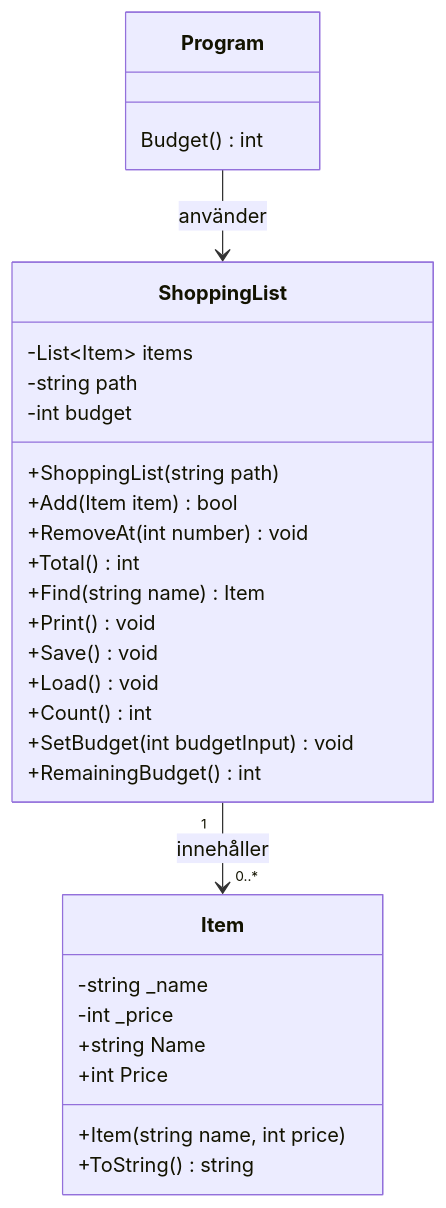
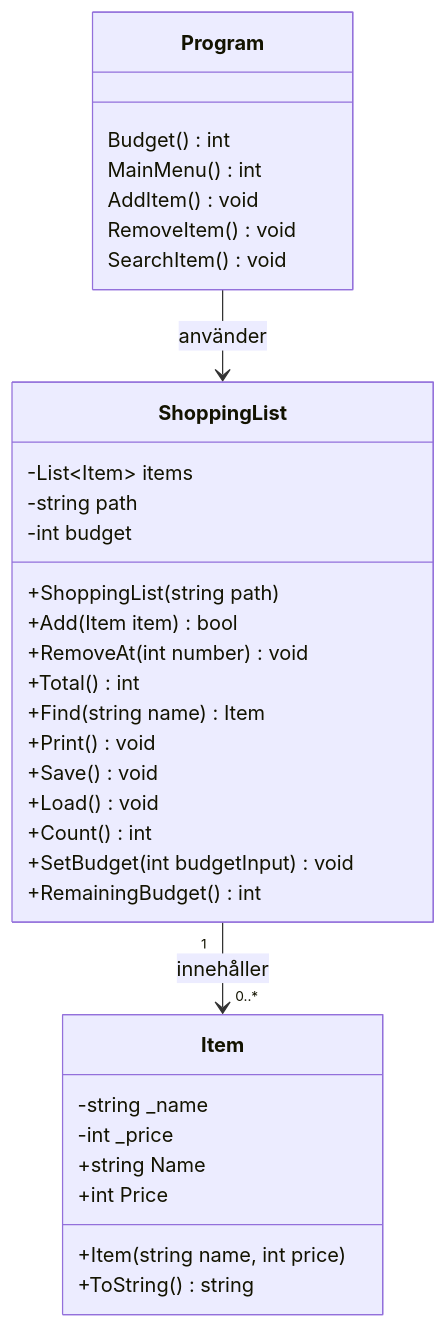
The diagram in README.md (nikolaisneckenborg/kk2-inkopslista), drawn with Mermaid before and after one commit. The commit also changed other lines of this file, not shown here.

````diff
--- a/README.md
+++ b/README.md
@@ -69,35 +69,39 @@
 ```mermaid
 classDiagram
     class Program {
         Budget() int
+        MainMenu() int
+        AddItem() void
+        RemoveItem() void
+        SearchItem() void
     }
 
     class ShoppingList {
         -List~Item~ items
         -string path
         -int budget
         +ShoppingList(string path)
         +Add(Item item) bool
         +RemoveAt(int number) void
         +Total() int
         +Find(string name) Item
         +Print() void
         +Save() void
         +Load() void
         +Count() int
         +SetBudget(int budgetInput) void
         +RemainingBudget() int
     }
 
     class Item {
         -string _name
         -int _price
         +string Name
         +int Price
         +Item(string name, int price)
         +ToString() string
     }
 
     Program --> ShoppingList : använder
     ShoppingList "1" --> "0..*" Item : innehåller
 ```
````
